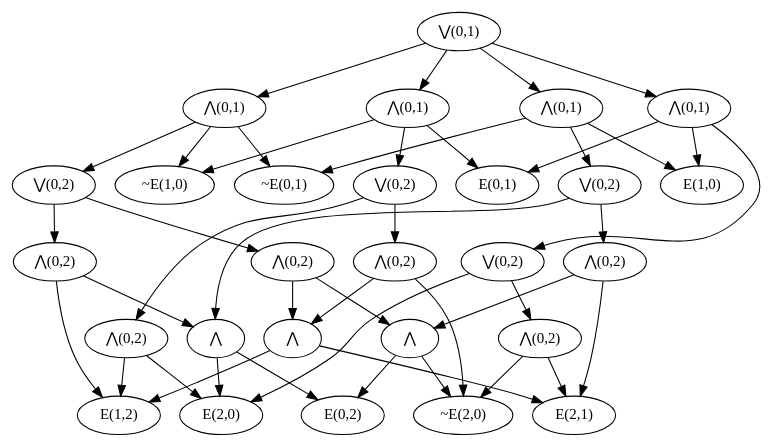
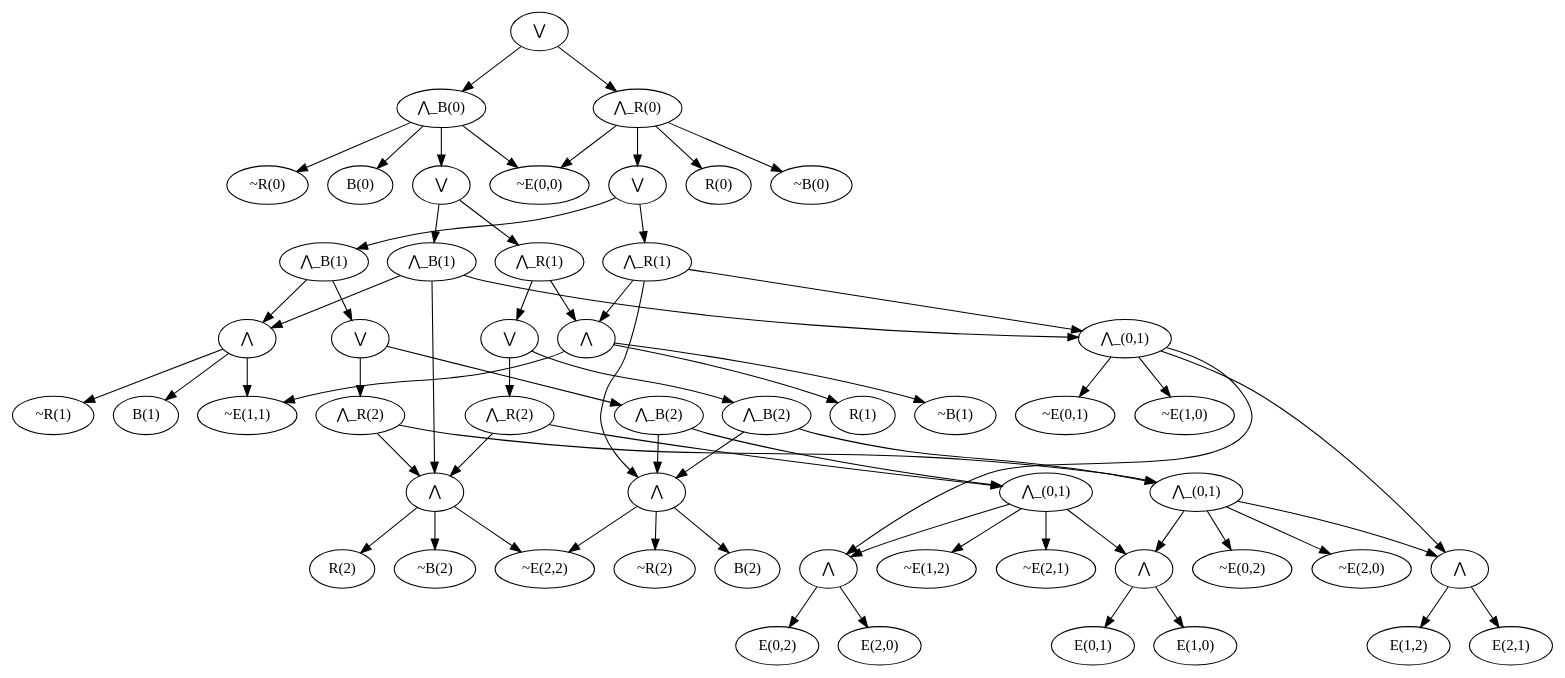
One commit to MengQiaolan/FO2_DNNF changed the diagram in dnnf.dot. Above: the diagram before and after it, drawn with Graphviz. The commit also changed 41 other files, not shown here.

```diff
--- a/dnnf.dot
+++ b/dnnf.dot
@@ -1,72 +1,121 @@
 strict digraph "" {
 	node [label="\N"];
-	0	[label="⋁(0,1)"];
-	10	[label="⋀(0,1)"];
-	0 -> 10;
-	17	[label="⋀(0,1)"];
-	0 -> 17;
-	21	[label="⋀(0,1)"];
-	0 -> 21;
-	24	[label="⋀(0,1)"];
-	0 -> 24;
-	1	[label="E(0,1)"];
-	2	[label="~E(0,1)"];
-	3	[label="E(1,0)"];
-	4	[label="~E(1,0)"];
-	5	[label="E(0,2)"];
-	6	[label="E(2,0)"];
-	7	[label="~E(2,0)"];
-	8	[label="E(1,2)"];
-	9	[label="E(2,1)"];
-	10 -> 2;
-	10 -> 4;
-	11	[label="⋁(0,2)"];
-	10 -> 11;
-	13	[label="⋀(0,2)"];
-	11 -> 13;
-	16	[label="⋀(0,2)"];
-	11 -> 16;
-	12	[label=⋀];
-	12 -> 5;
-	12 -> 7;
-	13 -> 12;
-	14	[label=⋀];
-	13 -> 14;
-	14 -> 8;
-	14 -> 9;
-	15	[label=⋀];
-	15 -> 5;
-	15 -> 6;
-	16 -> 8;
-	16 -> 15;
-	17 -> 1;
-	17 -> 4;
-	18	[label="⋁(0,2)"];
-	17 -> 18;
-	19	[label="⋀(0,2)"];
-	18 -> 19;
-	20	[label="⋀(0,2)"];
-	18 -> 20;
-	19 -> 7;
-	19 -> 14;
-	20 -> 6;
-	20 -> 8;
-	21 -> 2;
-	21 -> 3;
-	22	[label="⋁(0,2)"];
-	21 -> 22;
-	22 -> 15;
-	23	[label="⋀(0,2)"];
-	22 -> 23;
-	23 -> 9;
-	23 -> 12;
-	24 -> 1;
-	24 -> 3;
-	25	[label="⋁(0,2)"];
-	24 -> 25;
-	25 -> 6;
-	26	[label="⋀(0,2)"];
-	25 -> 26;
-	26 -> 7;
-	26 -> 9;
+	0	[label=⋁];
+	32	[label="⋀_R(0)"];
+	0 -> 32;
+	45	[label="⋀_B(0)"];
+	0 -> 45;
+	1	[label="~E(0,0)"];
+	2	[label="E(0,1)"];
+	3	[label="~E(0,1)"];
+	4	[label="E(0,2)"];
+	5	[label="~E(0,2)"];
+	6	[label="R(0)"];
+	7	[label="~R(0)"];
+	8	[label="B(0)"];
+	9	[label="~B(0)"];
+	10	[label="E(1,0)"];
+	11	[label="~E(1,0)"];
+	12	[label="~E(1,1)"];
+	13	[label="E(1,2)"];
+	14	[label="~E(1,2)"];
+	15	[label="R(1)"];
+	16	[label="~R(1)"];
+	17	[label="B(1)"];
+	18	[label="~B(1)"];
+	19	[label="E(2,0)"];
+	20	[label="~E(2,0)"];
+	21	[label="E(2,1)"];
+	22	[label="~E(2,1)"];
+	23	[label="~E(2,2)"];
+	24	[label="R(2)"];
+	25	[label="~R(2)"];
+	26	[label="B(2)"];
+	27	[label="~B(2)"];
+	28	[label=⋀];
+	28 -> 12;
+	28 -> 15;
+	28 -> 18;
+	29	[label=⋀];
+	29 -> 23;
+	29 -> 24;
+	29 -> 27;
+	30	[label=⋀];
+	30 -> 12;
+	30 -> 16;
+	30 -> 17;
+	31	[label=⋀];
+	31 -> 23;
+	31 -> 25;
+	31 -> 26;
+	32 -> 1;
+	32 -> 6;
+	32 -> 9;
+	33	[label=⋁];
+	32 -> 33;
+	34	[label="⋀_R(1)"];
+	33 -> 34;
+	38	[label="⋀_B(1)"];
+	33 -> 38;
+	34 -> 28;
+	34 -> 31;
+	35	[label="⋀_(0,1)"];
+	34 -> 35;
+	35 -> 3;
+	35 -> 11;
+	36	[label=⋀];
+	35 -> 36;
+	37	[label=⋀];
+	35 -> 37;
+	36 -> 4;
+	36 -> 19;
+	37 -> 13;
+	37 -> 21;
+	38 -> 30;
+	39	[label=⋁];
+	38 -> 39;
+	40	[label="⋀_R(2)"];
+	39 -> 40;
+	43	[label="⋀_B(2)"];
+	39 -> 43;
+	40 -> 29;
+	42	[label="⋀_(0,1)"];
+	40 -> 42;
+	41	[label=⋀];
+	41 -> 2;
+	41 -> 10;
+	42 -> 5;
+	42 -> 20;
+	42 -> 37;
+	42 -> 41;
+	43 -> 31;
+	44	[label="⋀_(0,1)"];
+	43 -> 44;
+	44 -> 14;
+	44 -> 22;
+	44 -> 36;
+	44 -> 41;
+	45 -> 1;
+	45 -> 7;
+	45 -> 8;
+	46	[label=⋁];
+	45 -> 46;
+	47	[label="⋀_R(1)"];
+	46 -> 47;
+	51	[label="⋀_B(1)"];
+	46 -> 51;
+	47 -> 28;
+	48	[label=⋁];
+	47 -> 48;
+	49	[label="⋀_R(2)"];
+	48 -> 49;
+	50	[label="⋀_B(2)"];
+	48 -> 50;
+	49 -> 29;
+	49 -> 44;
+	50 -> 31;
+	50 -> 42;
+	51 -> 29;
+	51 -> 30;
+	51 -> 35;
 }
```
